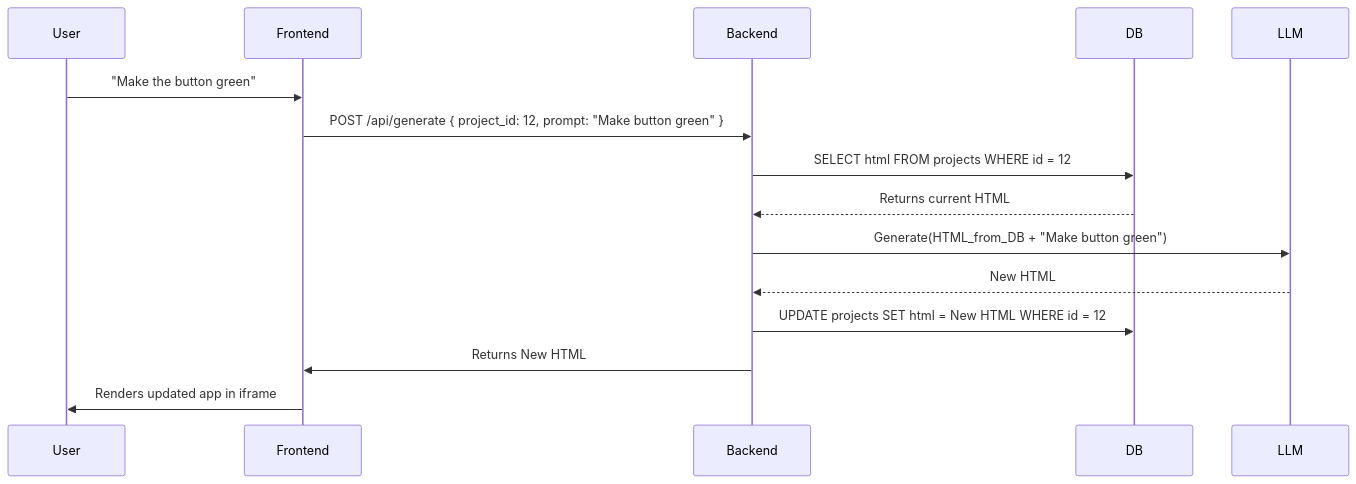
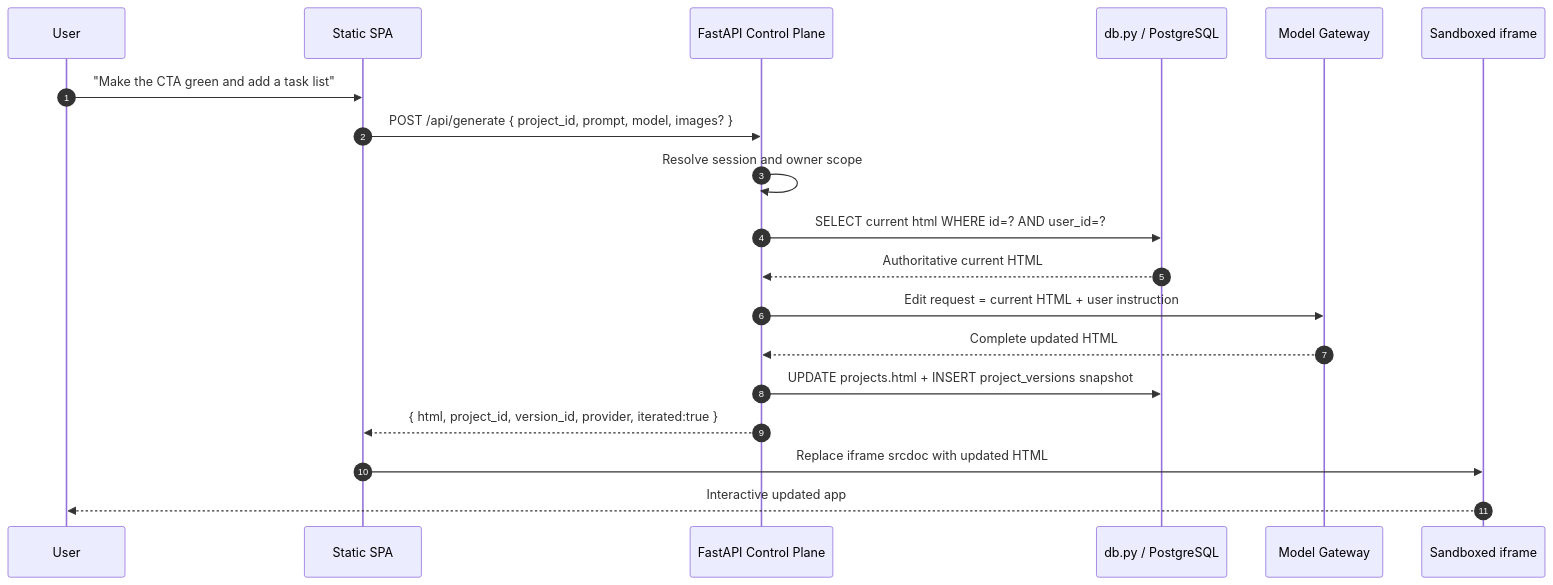
The second of 2 diagrams in README.md (eviessun/atoms-demo), drawn with Mermaid before and after one commit. The commit also changed other lines of this file and 1 other file, not shown here.

Commit message:
docs: elevate README architecture narrative

````diff
--- a/README.md
+++ b/README.md
@@ -85,18 +114,22 @@
 ```mermaid
 sequenceDiagram
+    autonumber
     participant User
-    participant Frontend
-    participant Backend
-    participant DB
-    participant LLM
+    participant SPA as Static SPA
+    participant API as FastAPI Control Plane
+    participant DB as db.py / PostgreSQL
+    participant LLM as Model Gateway
+    participant Runtime as Sandboxed iframe
 
-    User->>Frontend: "Make the button green"
-    Frontend->>Backend: POST /api/generate { project_id: 12, prompt: "Make button green" }
-    Backend->>DB: SELECT html FROM projects WHERE id = 12
-    DB-->>Backend: Returns current HTML
-    Backend->>LLM: Generate(HTML_from_DB + "Make button green")
-    LLM-->>Backend: New HTML
-    Backend->>DB: UPDATE projects SET html = New HTML WHERE id = 12
-    Backend->>Frontend: Returns New HTML
-    Frontend->>User: Renders updated app in iframe
+    User->>SPA: "Make the CTA green and add a task list"
+    SPA->>API: POST /api/generate { project_id, prompt, model, images? }
+    API->>API: Resolve session and owner scope
+    API->>DB: SELECT current html WHERE id=? AND user_id=?
+    DB-->>API: Authoritative current HTML
+    API->>LLM: Edit request = current HTML + user instruction
+    LLM-->>API: Complete updated HTML
+    API->>DB: UPDATE projects.html + INSERT project_versions snapshot
+    API-->>SPA: { html, project_id, version_id, provider, iterated:true }
+    SPA->>Runtime: Replace iframe srcdoc with updated HTML
+    Runtime-->>User: Interactive updated app
 ```
````
